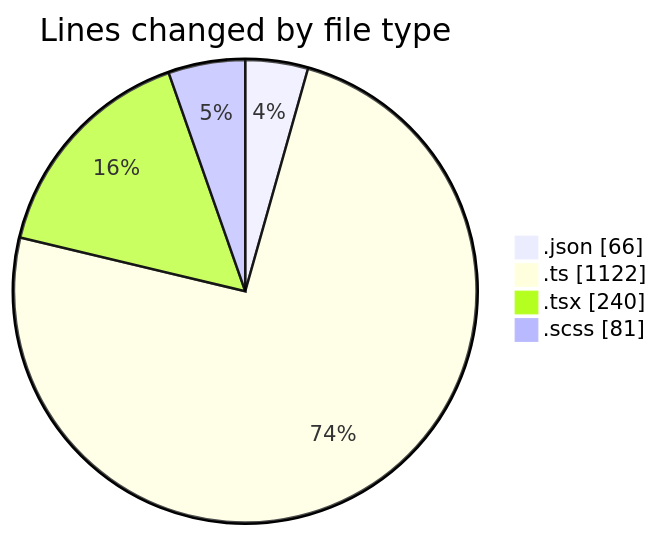
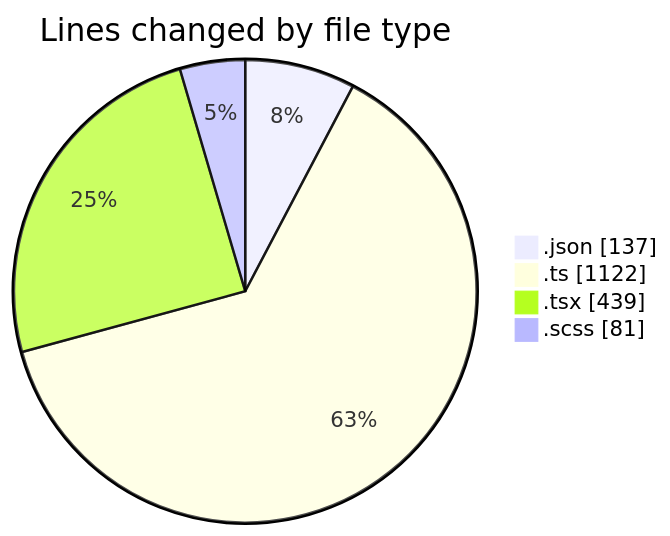
The first of 2 diagrams in 2025-05-09/cda/README.md (momahboobian/code-tracking), drawn with Mermaid before and after one commit. The commit also changed other lines of this file and 1 other file, not shown here.

````diff
--- a/2025-05-09/cda/README.md
+++ b/2025-05-09/cda/README.md
@@ -25,8 +28,8 @@
 ```mermaid
 pie showData
 title Lines changed by file type
-".json" : 66
+".json" : 137
 ".ts" : 1122
-".tsx" : 240
+".tsx" : 439
 ".scss" : 81
 ```
````
